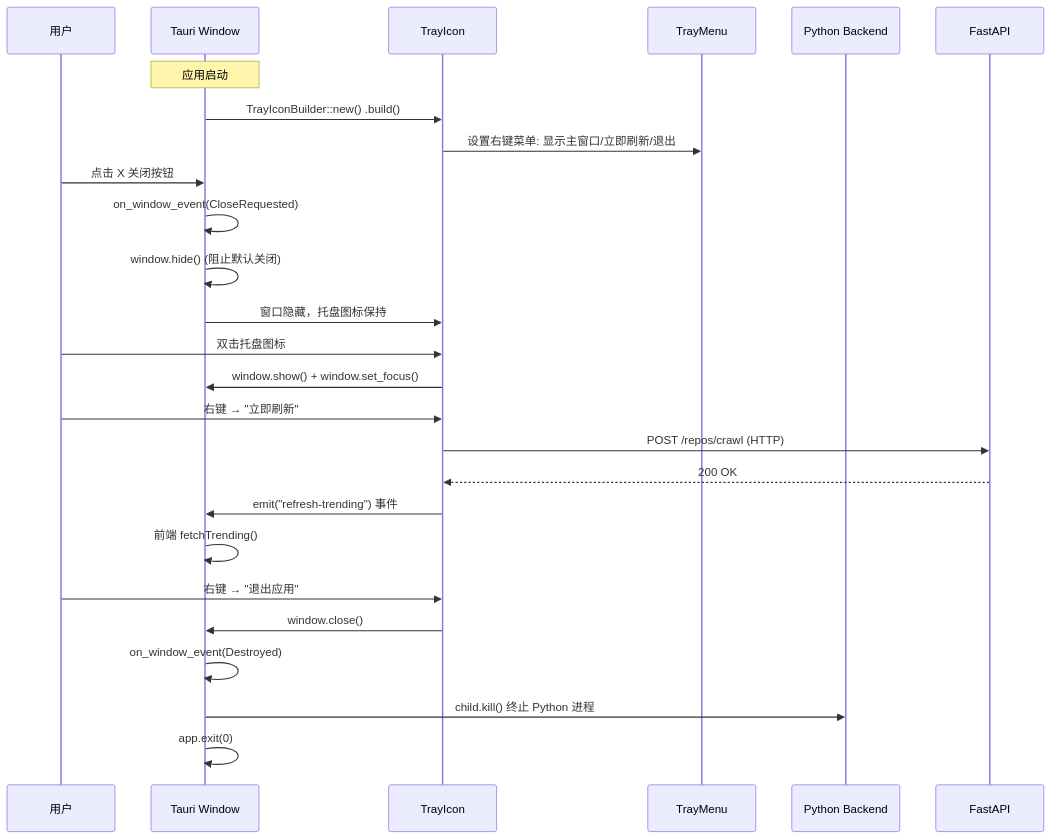
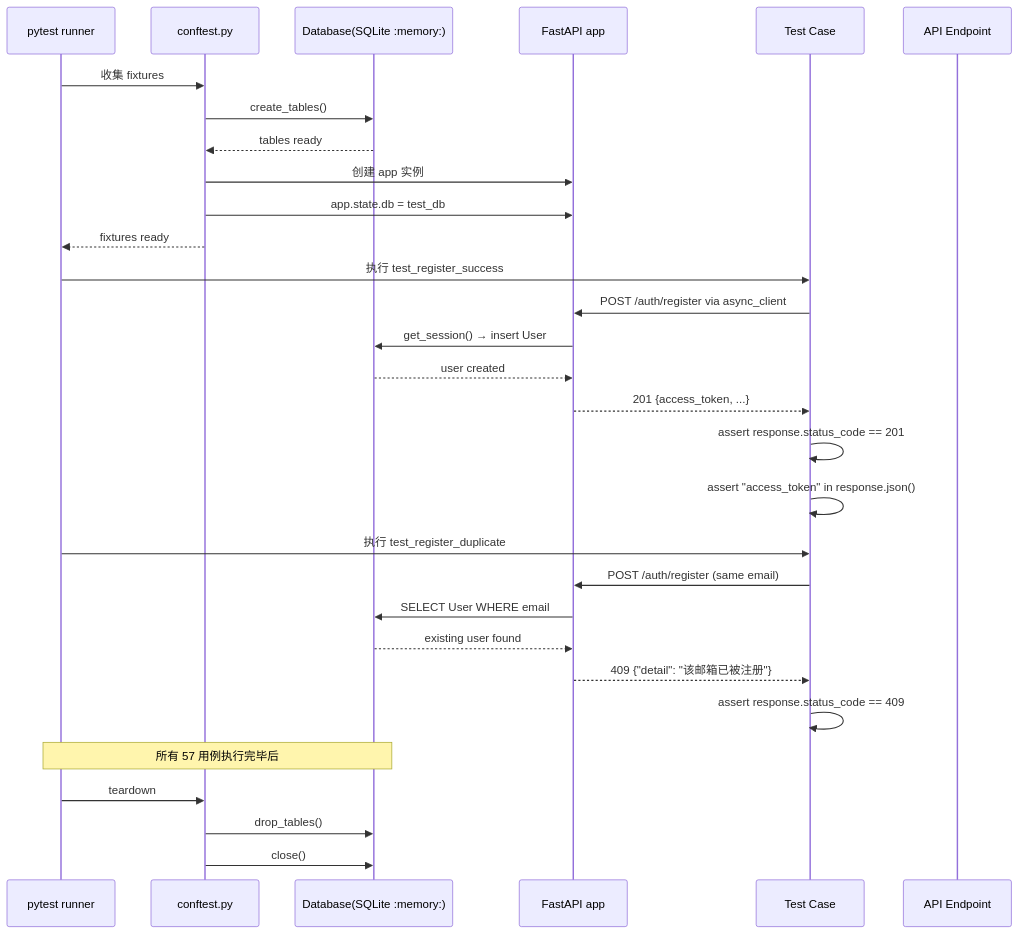
The second of 5 diagrams in docs/system_design.md (Nagi-226/DevPulse), drawn with Mermaid before and after one commit. The commit also changed other lines of this file and 52 other files, not shown here.

````diff
--- a/docs/system_design.md
+++ b/docs/system_design.md
@@ -432,34 +314,36 @@
 ```mermaid
 sequenceDiagram
-    participant User as 用户
-    participant Window as Tauri Window
-    participant Tray as TrayIcon
-    participant Menu as TrayMenu
-    participant Backend as Python Backend
-    participant API as FastAPI
+    participant P as pytest runner
+    participant CF as conftest.py
+    participant DB as Database(SQLite :memory:)
+    participant APP as FastAPI app
+    participant TC as Test Case
+    participant EP as API Endpoint
 
-    Note over Window: 应用启动
+    P->>CF: 收集 fixtures
+    CF->>DB: create_tables()
+    DB-->>CF: tables ready
+    CF->>APP: 创建 app 实例
+    CF->>APP: app.state.db = test_db
+    CF-->>P: fixtures ready
 
-    Window->>Tray: TrayIconBuilder::new() .build()
-    Tray->>Menu: 设置右键菜单: 显示主窗口/立即刷新/退出
+    P->>TC: 执行 test_register_success
+    TC->>APP: POST /auth/register via async_client
+    APP->>DB: get_session() → insert User
+    DB-->>APP: user created
+    APP-->>TC: 201 {access_token, ...}
+    TC->>TC: assert response.status_code == 201
+    TC->>TC: assert "access_token" in response.json()
 
-    User->>Window: 点击 X 关闭按钮
-    Window->>Window: on_window_event(CloseRequested)
-    Window->>Window: window.hide() (阻止默认关闭)
-    Window->>Tray: 窗口隐藏，托盘图标保持
+    P->>TC: 执行 test_register_duplicate
+    TC->>APP: POST /auth/register (same email)
+    APP->>DB: SELECT User WHERE email
+    DB-->>APP: existing user found
+    APP-->>TC: 409 {"detail": "该邮箱已被注册"}
+    TC->>TC: assert response.status_code == 409
 
-    User->>Tray: 双击托盘图标
-    Tray->>Window: window.show() + window.set_focus()
-
-    User->>Tray: 右键 → "立即刷新"
-    Tray->>API: POST /repos/crawl (HTTP)
-    API-->>Tray: 200 OK
-    Tray->>Window: emit("refresh-trending") 事件
-    Window->>Window: 前端 fetchTrending()
-
-    User->>Tray: 右键 → "退出应用"
-    Tray->>Window: window.close()
-    Window->>Window: on_window_event(Destroyed)
-    Window->>Backend: child.kill() 终止 Python 进程
-    Window->>Window: app.exit(0)
+    Note over P,DB: 所有 57 用例执行完毕后
+    P->>CF: teardown
+    CF->>DB: drop_tables()
+    CF->>DB: close()
 ```
````
